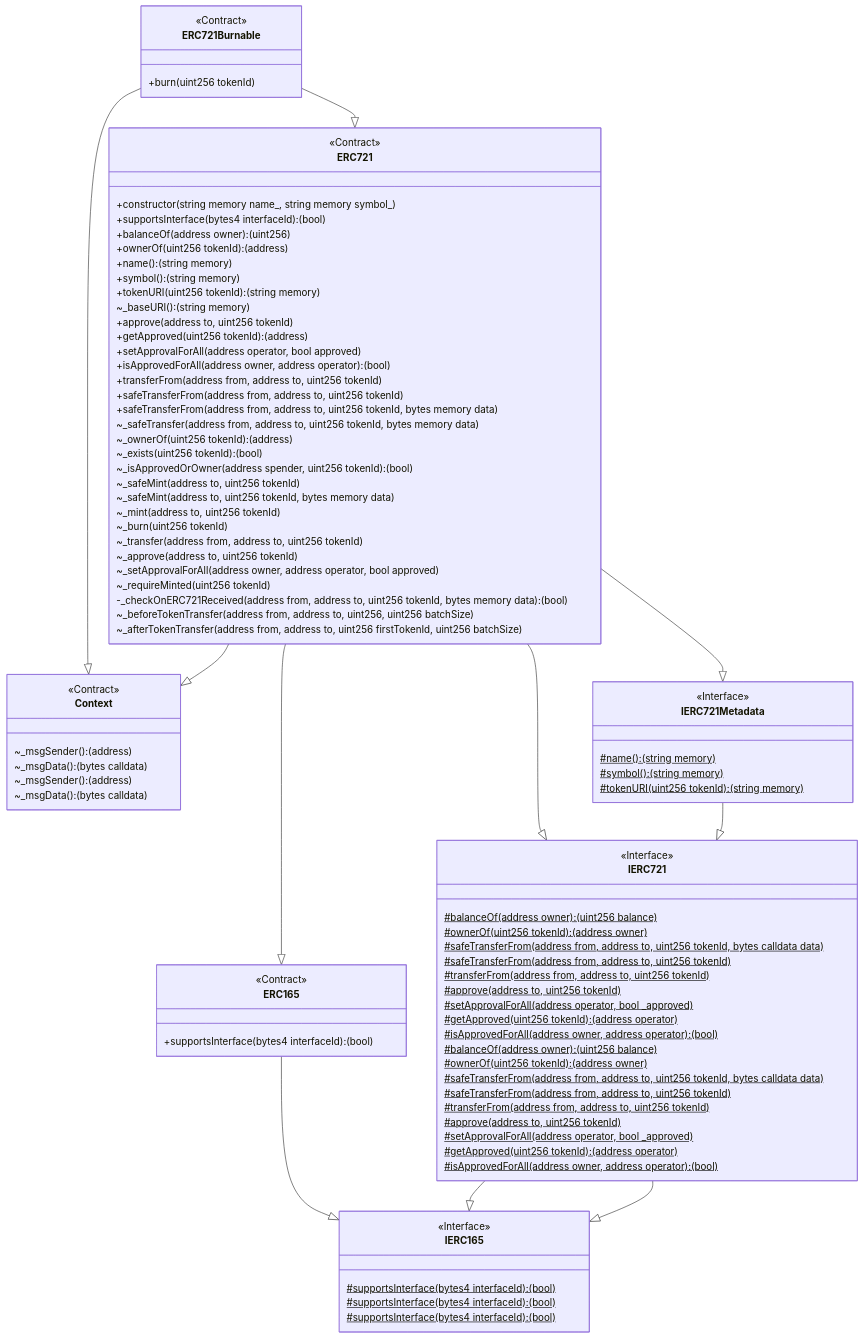
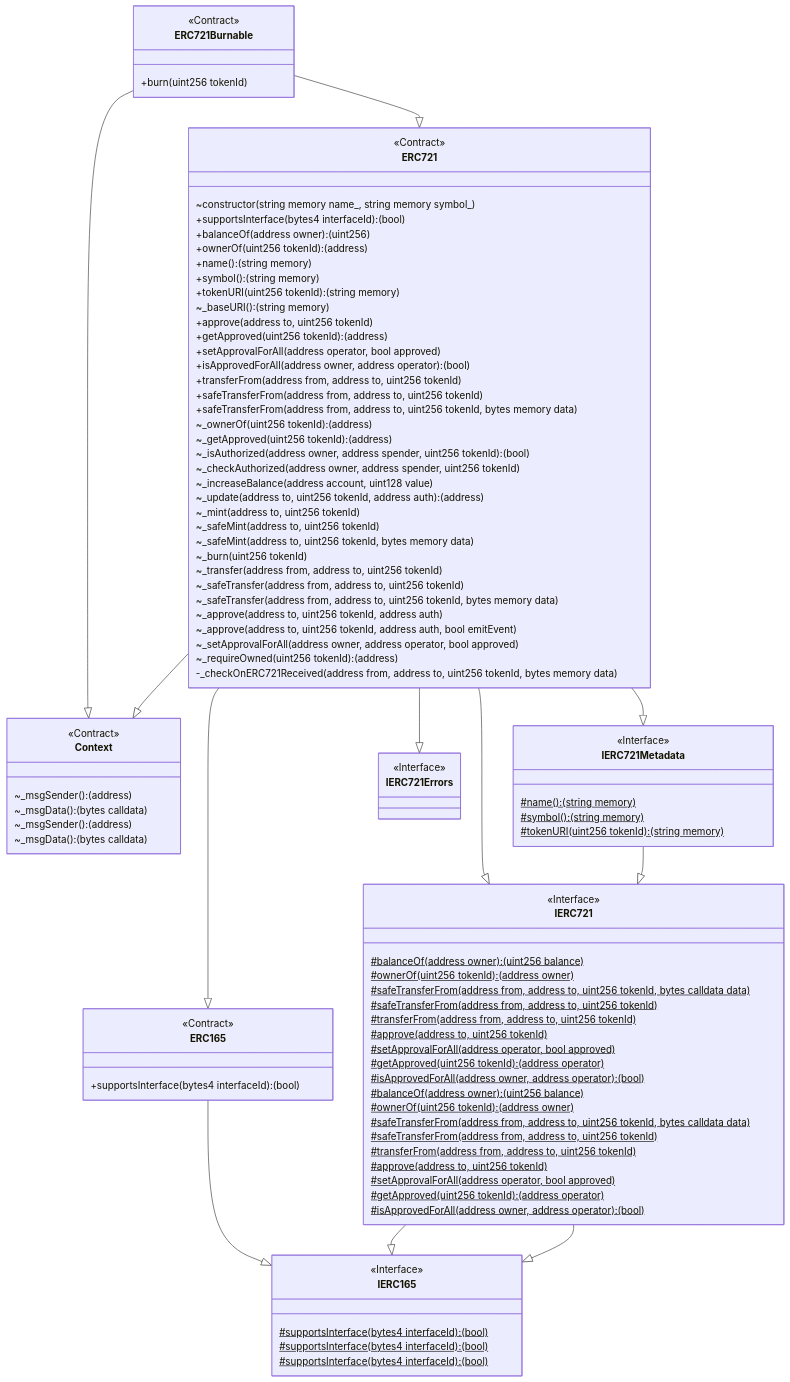
One commit to ernestognw/mermaid-contracts changed the diagram in generated/@openzeppelin/contracts/token/ERC721/extensions/ERC721Burnable.mmd. Above: the diagram before and after it, drawn with Mermaid. The commit also changed 201 other files, not shown here.

```diff
--- a/generated/@openzeppelin/contracts/token/ERC721/extensions/ERC721Burnable.mmd
+++ b/generated/@openzeppelin/contracts/token/ERC721/extensions/ERC721Burnable.mmd
@@ -1,135 +1,145 @@
 classDiagram
-  %% 306:465:3
+  %% 336:541:4
   class ERC721Burnable {
     <<Contract>>
     +burn(uint256 tokenId)
   }
   
   ERC721Burnable --|> Context
   
-  %% 608:235:6
+  %% 624:235:6
   class Context {
     <<Contract>>
     ~_msgSender(): (address)
     ~_msgData(): (bytes calldata)
   }
   
   ERC721Burnable --|> ERC721
   
-  %% 628:16327:0
+  %% 776:16926:1
   class ERC721 {
     <<Contract>>
-    +constructor(string memory name_, string memory symbol_)
+    ~constructor(string memory name_, string memory symbol_)
     +supportsInterface(bytes4 interfaceId): (bool)
     +balanceOf(address owner): (uint256)
     +ownerOf(uint256 tokenId): (address)
     +name(): (string memory)
     +symbol(): (string memory)
     +tokenURI(uint256 tokenId): (string memory)
     ~_baseURI(): (string memory)
     +approve(address to, uint256 tokenId)
     +getApproved(uint256 tokenId): (address)
     +setApprovalForAll(address operator, bool approved)
     +isApprovedForAll(address owner, address operator): (bool)
     +transferFrom(address from, address to, uint256 tokenId)
     +safeTransferFrom(address from, address to, uint256 tokenId)
     +safeTransferFrom(address from, address to, uint256 tokenId, bytes memory data)
-    ~_safeTransfer(address from, address to, uint256 tokenId, bytes memory data)
     ~_ownerOf(uint256 tokenId): (address)
-    ~_exists(uint256 tokenId): (bool)
-    ~_isApprovedOrOwner(address spender, uint256 tokenId): (bool)
+    ~_getApproved(uint256 tokenId): (address)
+    ~_isAuthorized(address owner, address spender, uint256 tokenId): (bool)
+    ~_checkAuthorized(address owner, address spender, uint256 tokenId)
+    ~_increaseBalance(address account, uint128 value)
+    ~_update(address to, uint256 tokenId, address auth): (address)
+    ~_mint(address to, uint256 tokenId)
     ~_safeMint(address to, uint256 tokenId)
     ~_safeMint(address to, uint256 tokenId, bytes memory data)
-    ~_mint(address to, uint256 tokenId)
     ~_burn(uint256 tokenId)
     ~_transfer(address from, address to, uint256 tokenId)
-    ~_approve(address to, uint256 tokenId)
+    ~_safeTransfer(address from, address to, uint256 tokenId)
+    ~_safeTransfer(address from, address to, uint256 tokenId, bytes memory data)
+    ~_approve(address to, uint256 tokenId, address auth)
+    ~_approve(address to, uint256 tokenId, address auth, bool emitEvent)
     ~_setApprovalForAll(address owner, address operator, bool approved)
-    ~_requireMinted(uint256 tokenId)
-    -_checkOnERC721Received(address from, address to, uint256 tokenId, bytes memory data): (bool)
-    ~_beforeTokenTransfer(address from, address to, uint256, uint256 batchSize)
-    ~_afterTokenTransfer(address from, address to, uint256 firstTokenId, uint256 batchSize)
+    ~_requireOwned(uint256 tokenId): (address)
+    -_checkOnERC721Received(address from, address to, uint256 tokenId, bytes memory data)
   }
   
   ERC721 --|> Context
   
-  %% 608:235:6
+  %% 624:235:6
   class Context {
     <<Contract>>
     ~_msgSender(): (address)
     ~_msgData(): (bytes calldata)
   }
   
   ERC721 --|> ERC165
   
-  %% 726:260:8
+  %% 659:251:8
   class ERC165 {
     <<Contract>>
     +supportsInterface(bytes4 interfaceId): (bool)
   }
   
   ERC165 --|> IERC165
   
-  %% 405:447:9
+  %% 421:447:9
   class IERC165 {
     <<Interface>>
     #supportsInterface(bytes4 interfaceId): (bool)$
   }
   
   ERC721 --|> IERC721
   
-  %% 250:4725:1
+  %% 266:4659:2
   class IERC721 {
     <<Interface>>
     #balanceOf(address owner): (uint256 balance)$
     #ownerOf(uint256 tokenId): (address owner)$
     #safeTransferFrom(address from, address to, uint256 tokenId, bytes calldata data)$
     #safeTransferFrom(address from, address to, uint256 tokenId)$
     #transferFrom(address from, address to, uint256 tokenId)$
     #approve(address to, uint256 tokenId)$
-    #setApprovalForAll(address operator, bool _approved)$
+    #setApprovalForAll(address operator, bool approved)$
     #getApproved(uint256 tokenId): (address operator)$
     #isApprovedForAll(address owner, address operator): (bool)$
   }
   
   IERC721 --|> IERC165
   
-  %% 405:447:9
+  %% 421:447:9
   class IERC165 {
     <<Interface>>
     #supportsInterface(bytes4 interfaceId): (bool)$
   }
   
   ERC721 --|> IERC721Metadata
   
-  %% 297:463:4
+  %% 328:463:5
   class IERC721Metadata {
     <<Interface>>
     #name(): (string memory)$
     #symbol(): (string memory)$
     #tokenURI(uint256 tokenId): (string memory)$
   }
   
   IERC721Metadata --|> IERC721
   
-  %% 250:4725:1
+  %% 266:4659:2
   class IERC721 {
     <<Interface>>
     #balanceOf(address owner): (uint256 balance)$
     #ownerOf(uint256 tokenId): (address owner)$
     #safeTransferFrom(address from, address to, uint256 tokenId, bytes calldata data)$
     #safeTransferFrom(address from, address to, uint256 tokenId)$
     #transferFrom(address from, address to, uint256 tokenId)$
     #approve(address to, uint256 tokenId)$
-    #setApprovalForAll(address operator, bool _approved)$
+    #setApprovalForAll(address operator, bool approved)$
     #getApproved(uint256 tokenId): (address operator)$
     #isApprovedForAll(address owner, address operator): (bool)$
   }
   
   IERC721 --|> IERC165
   
-  %% 405:447:9
+  %% 421:447:9
   class IERC165 {
     <<Interface>>
     #supportsInterface(bytes4 interfaceId): (bool)$
   }
+  
+  ERC721 --|> IERC721Errors
+  
+  %% 2186:2092:0
+  class IERC721Errors {
+    <<Interface>>
+  }
```
